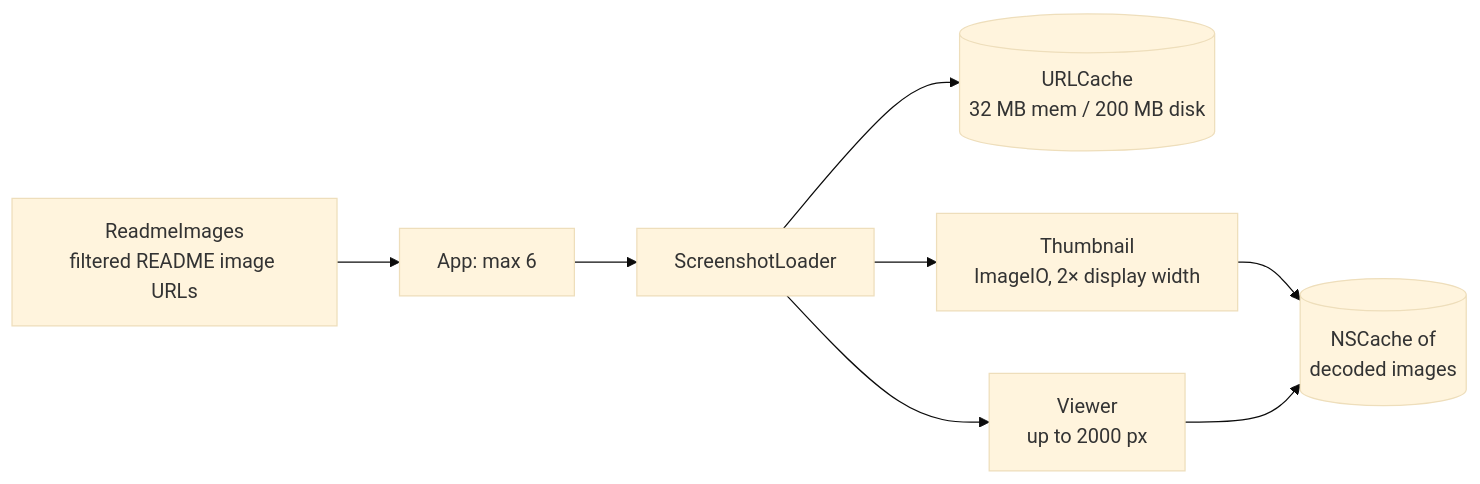
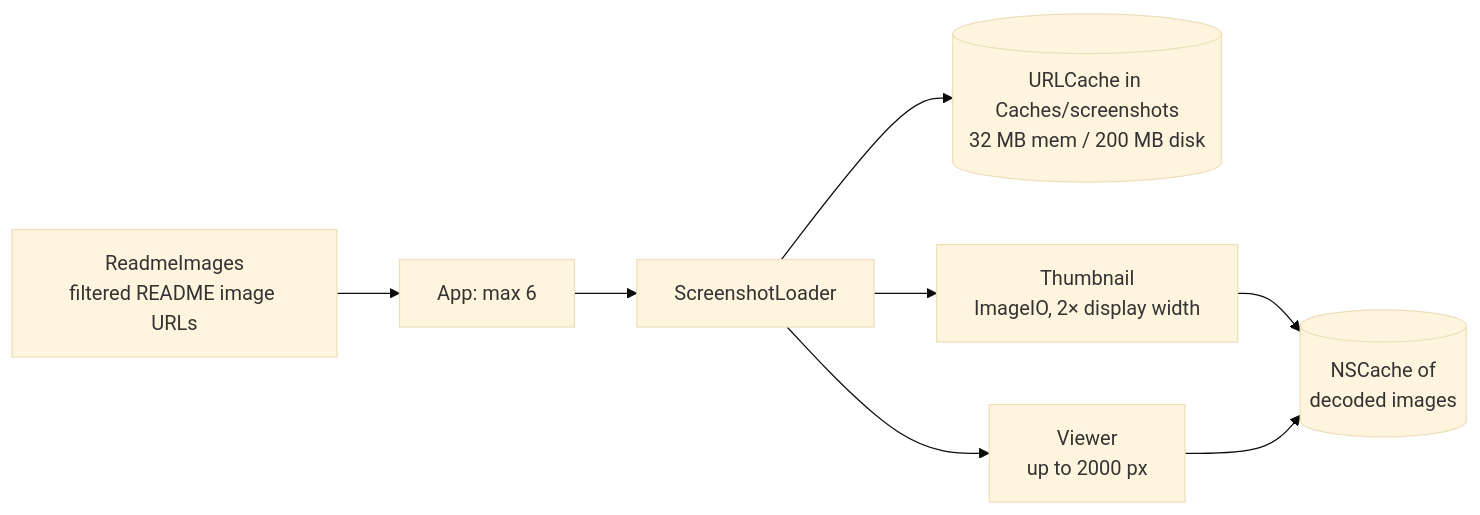
Before and after one commit to miotke/reload: the diagram in docs/features/details-and-screenshots.md, drawn with Mermaid (base theme). The commit also changed other lines of this file and 21 other files, not shown here.

````diff
--- a/docs/features/details-and-screenshots.md
+++ b/docs/features/details-and-screenshots.md
@@ -70,10 +70,10 @@
 ```mermaid
 flowchart LR
     R[ReadmeImages<br/>filtered README image URLs] --> F[App: max 6]
     F --> L[ScreenshotLoader]
-    L --> C[(URLCache<br/>32 MB mem / 200 MB disk)]
+    L --> C[(URLCache in Caches/screenshots<br/>32 MB mem / 200 MB disk)]
     L --> T[Thumbnail<br/>ImageIO, 2× display width]
     L --> V[Viewer<br/>up to 2000 px]
     T --> N[(NSCache of<br/>decoded images)]
     V --> N
 ```
````
